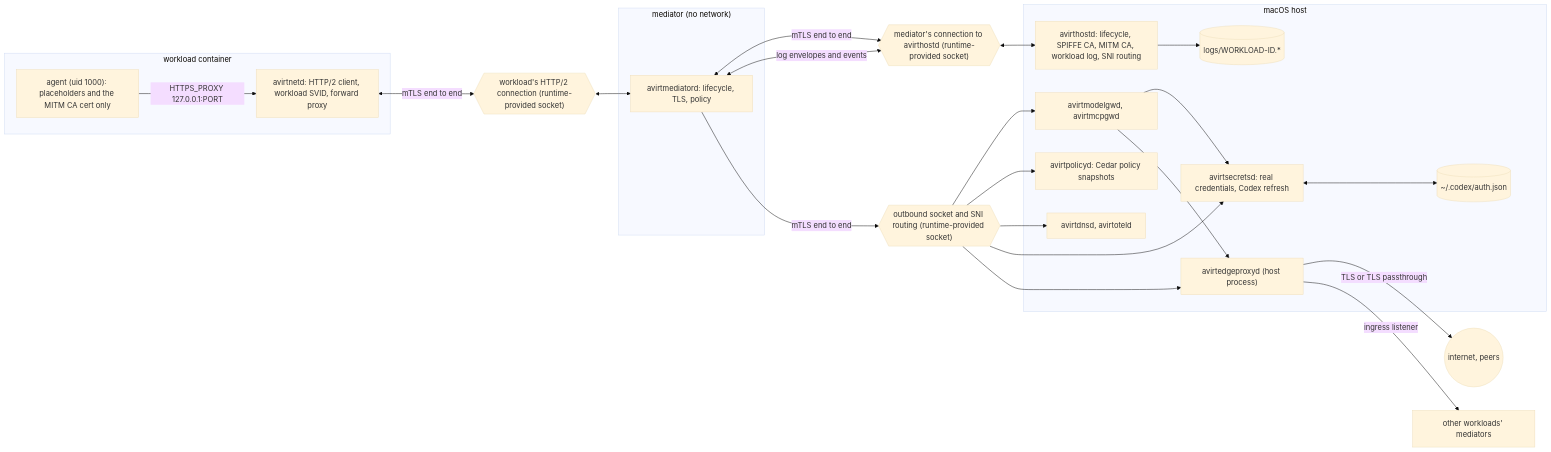
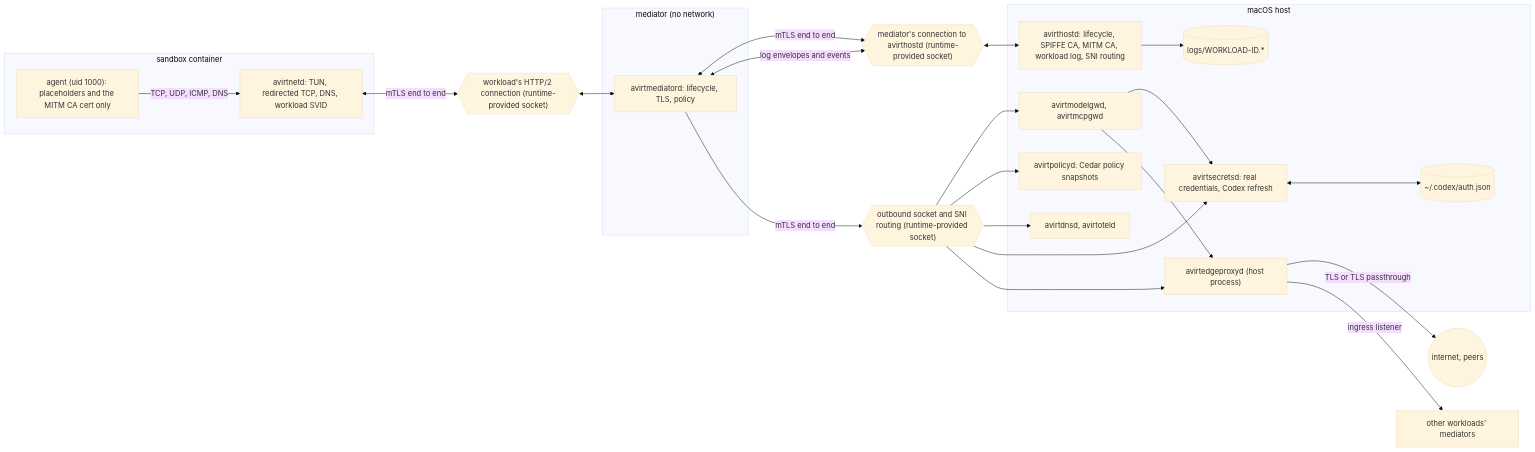
One commit to tbhb-dev/avirt changed the second of 2 diagrams in docs/architecture.md. Above: the diagram before and after it, drawn with Mermaid (base theme). The commit also changed other lines of this file and 58 other files, not shown here.

````diff
--- a/docs/architecture.md
+++ b/docs/architecture.md
@@ -71,41 +73,41 @@
 ```mermaid
 flowchart LR
     subgraph host["macOS host"]
         hostd["avirthostd: lifecycle, SPIFFE CA, MITM CA, workload log, SNI routing"]
         secrets["avirtsecretsd: real credentials, Codex refresh"]
         policy["avirtpolicyd: Cedar policy snapshots"]
         svc["avirtdnsd, avirtoteld"]
         gw["avirtmodelgwd, avirtmcpgwd"]
         logs[("logs/WORKLOAD-ID.*")]
         hostauth[("~/.codex/auth.json")]
         hostd --> logs
         secrets <--> hostauth
         fd["avirtedgeproxyd (host process)"]
         gw --> secrets
     end
     gw --> fd
     subgraph medvm["mediator (no network)"]
         me["avirtmediatord: lifecycle, TLS, policy"]
     end
-    subgraph wl["workload container"]
-        net["avirtnetd: HTTP/2 client, workload SVID, forward proxy"]
+    subgraph wl["sandbox container"]
+        net["avirtnetd: TUN, redirected TCP, DNS, workload SVID"]
         agent["agent (uid 1000): placeholders and the MITM CA cert only"]
-        agent -->|"HTTPS_PROXY 127.0.0.1:PORT"| net
+        agent -->|"TCP, UDP, ICMP, DNS"| net
     end
     wconn{{"workload's HTTP/2 connection (runtime-provided socket)"}}
     hchan{{"mediator's connection to avirthostd (runtime-provided socket)"}}
     schan{{"outbound socket and SNI routing (runtime-provided socket)"}}
     net <-->|"mTLS end to end"| wconn
     wconn <--> me
     me <-->|"mTLS end to end"| hchan
     hchan <--> hostd
     me <-->|"log envelopes and events"| hchan
     me -->|"mTLS end to end"| schan
     schan --> gw
     schan --> policy
     schan --> svc
     schan --> secrets
     schan --> fd
     fd -->|"TLS or TLS passthrough"| upstream(("internet, peers"))
     fd -->|"ingress listener"| other["other workloads' mediators"]
 ```
````
